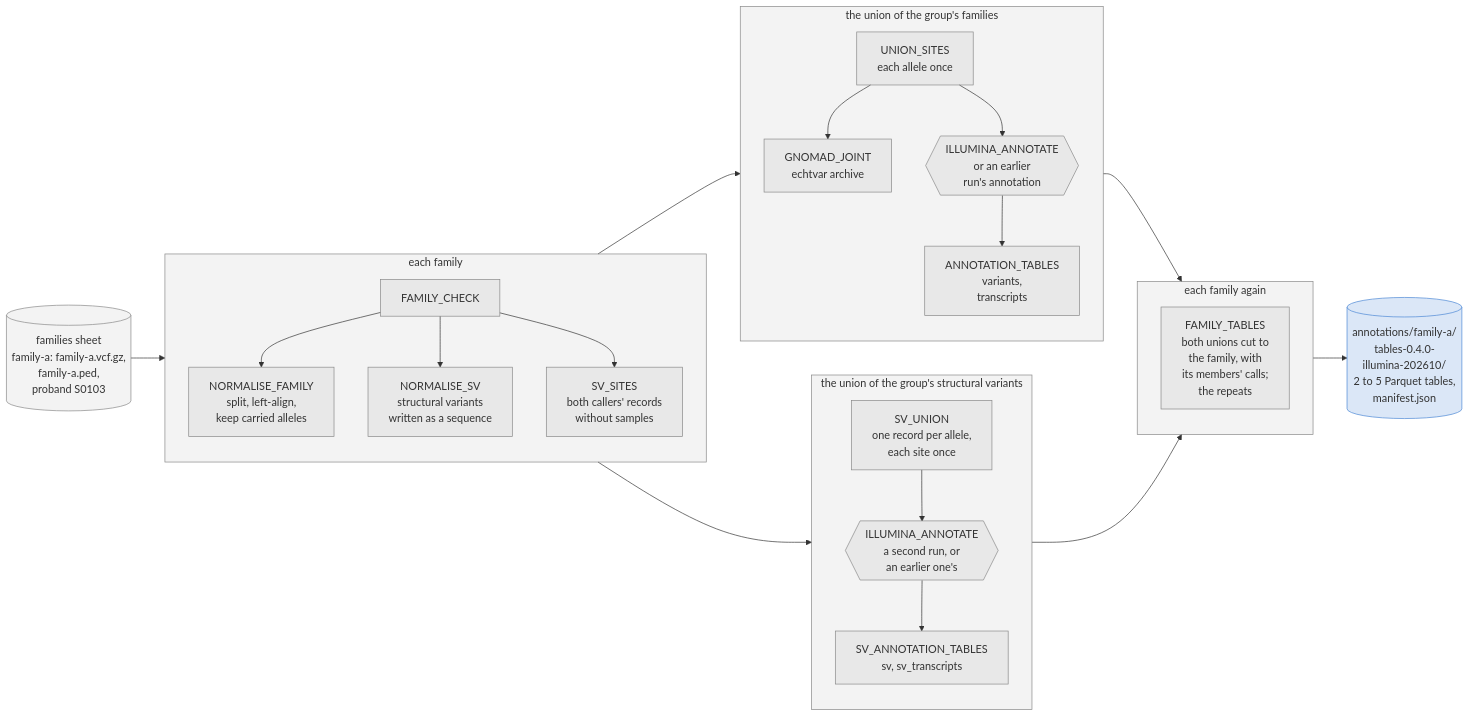
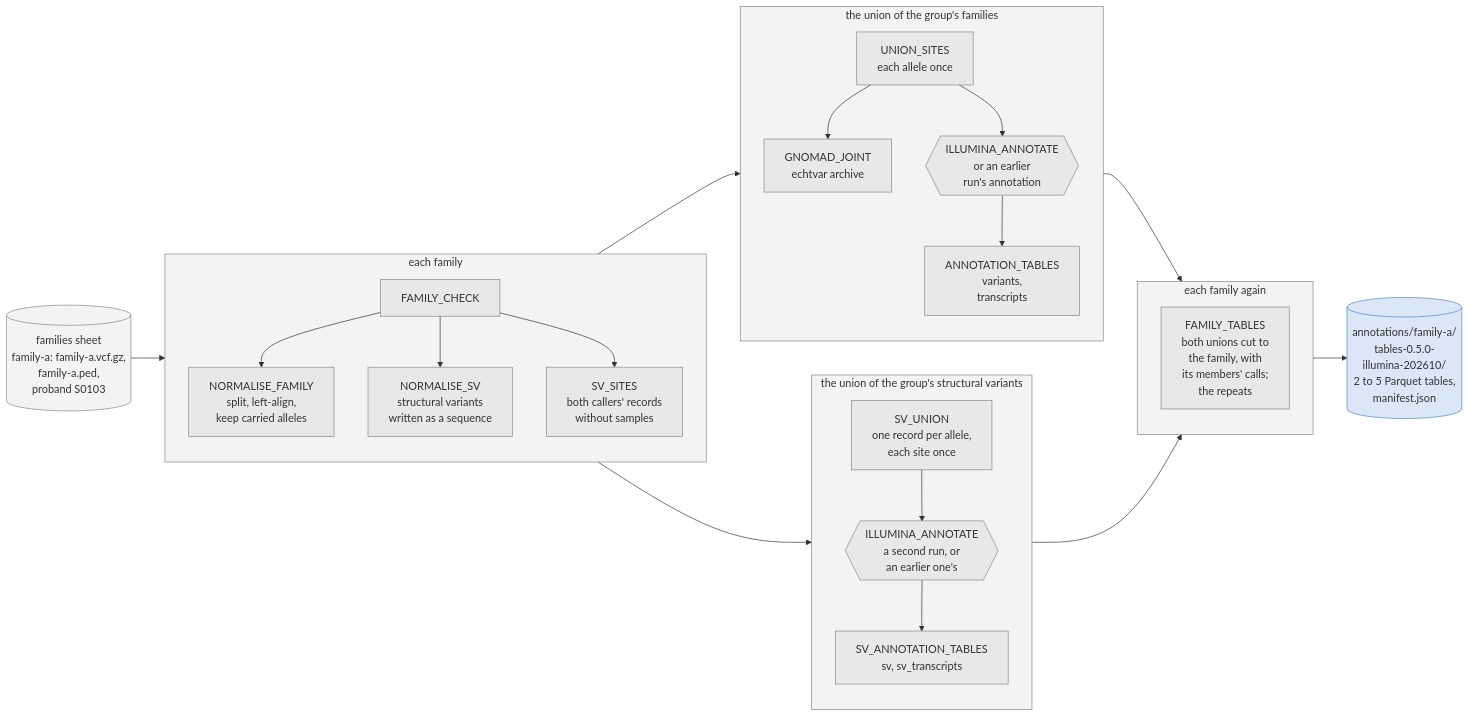
Before and after one commit to populationgenomics/case-annotation-pipeline: the third of 3 diagrams in docs/annotation.md, drawn with Mermaid. The commit also changed other lines of this file and 27 other files, not shown here.

````diff
--- a/docs/annotation.md
+++ b/docs/annotation.md
@@ -398,50 +398,50 @@
 ```mermaid
 flowchart LR
     IN[("families sheet<br/>family-a: family-a.vcf.gz,<br/>family-a.ped,<br/>proband S0103")]
 
     subgraph EACH["each family"]
         direction TB
         CHECK["FAMILY_CHECK"]
         NORMALISE["NORMALISE_FAMILY<br/>split, left-align,<br/>keep carried alleles"]
         SV["NORMALISE_SV<br/>structural variants<br/>written as a sequence"]
         SVSITES["SV_SITES<br/>both callers' records<br/>without samples"]
         CHECK --> NORMALISE
         CHECK --> SV
         CHECK --> SVSITES
     end
 
     subgraph UNION["the union of the group's families"]
         direction TB
         SITES["UNION_SITES<br/>each allele once"]
         GNOMAD["GNOMAD_JOINT<br/>echtvar archive"]
         ANNOTATE{{"ILLUMINA_ANNOTATE<br/>or an earlier<br/>run's annotation"}}
         TABLES["ANNOTATION_TABLES<br/>variants,<br/>transcripts"]
         SITES --> GNOMAD
         SITES --> ANNOTATE --> TABLES
     end
 
     subgraph SVUNION["the union of the group's structural variants"]
         direction TB
         SVU["SV_UNION<br/>one record per allele,<br/>each site once"]
         SVANNOTATE{{"ILLUMINA_ANNOTATE<br/>a second run, or<br/>an earlier one's"}}
         SVTABLES["SV_ANNOTATION_TABLES<br/>sv, sv_transcripts"]
         SVU --> SVANNOTATE --> SVTABLES
     end
 
     subgraph CUT["each family again"]
         direction TB
         FAMILY["FAMILY_TABLES<br/>both unions cut to<br/>the family, with<br/>its members' calls;<br/>the repeats"]
     end
 
-    OUT[("annotations/family-a/<br/>tables-0.4.0-<br/>illumina-202610/<br/>2 to 5 Parquet tables,<br/>manifest.json")]
+    OUT[("annotations/family-a/<br/>tables-0.5.0-<br/>illumina-202610/<br/>2 to 5 Parquet tables,<br/>manifest.json")]
 
     IN --> EACH --> UNION --> CUT --> OUT
     EACH --> SVUNION --> CUT
 
     classDef default fill:#8888881a,stroke:#888888
     style EACH fill:#8888881a,stroke:#888888
     style UNION fill:#8888881a,stroke:#888888
     style SVUNION fill:#8888881a,stroke:#888888
     style CUT fill:#8888881a,stroke:#888888
     style OUT fill:#4a86d433,stroke:#4a86d4
 ```
````
